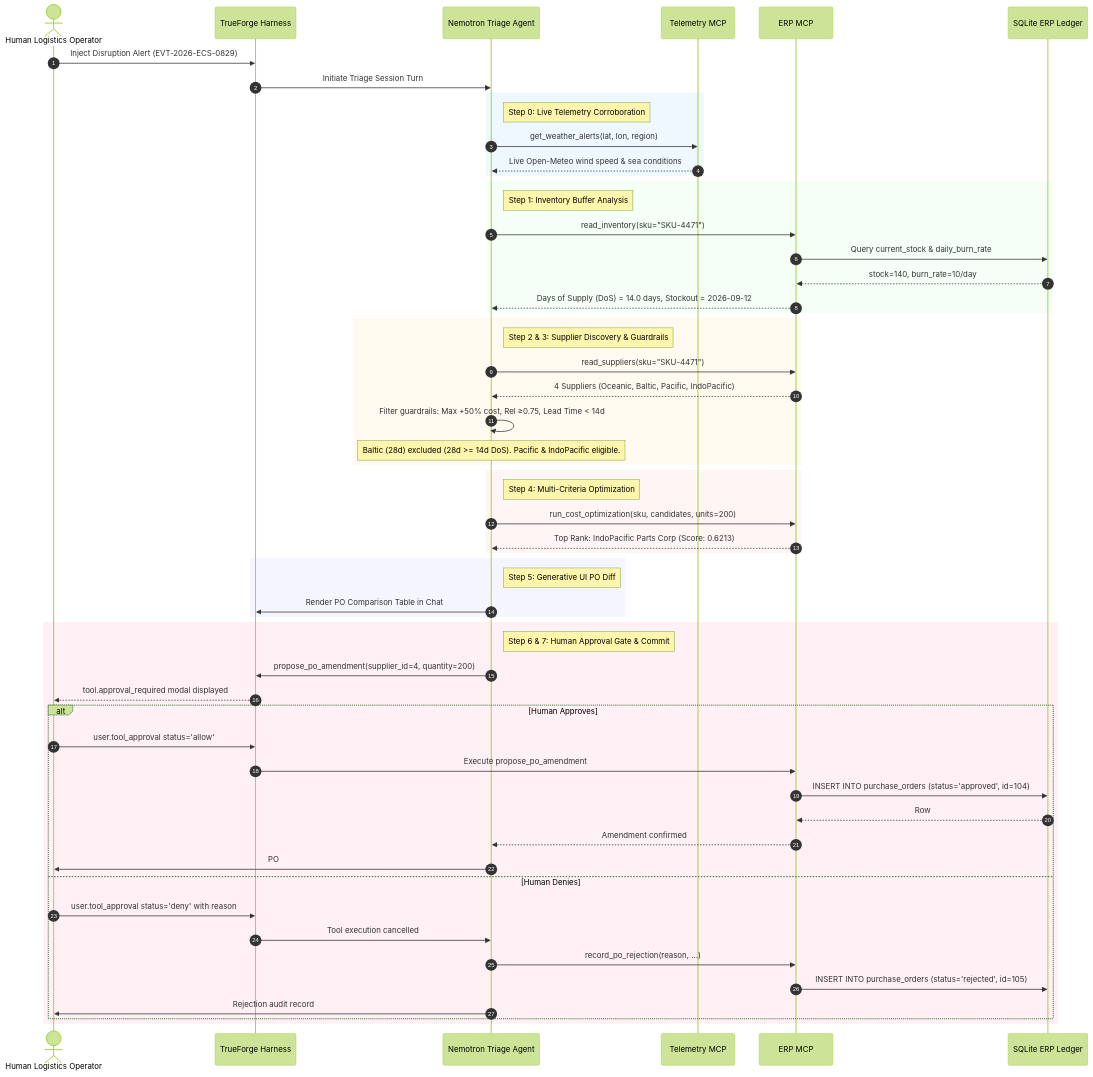
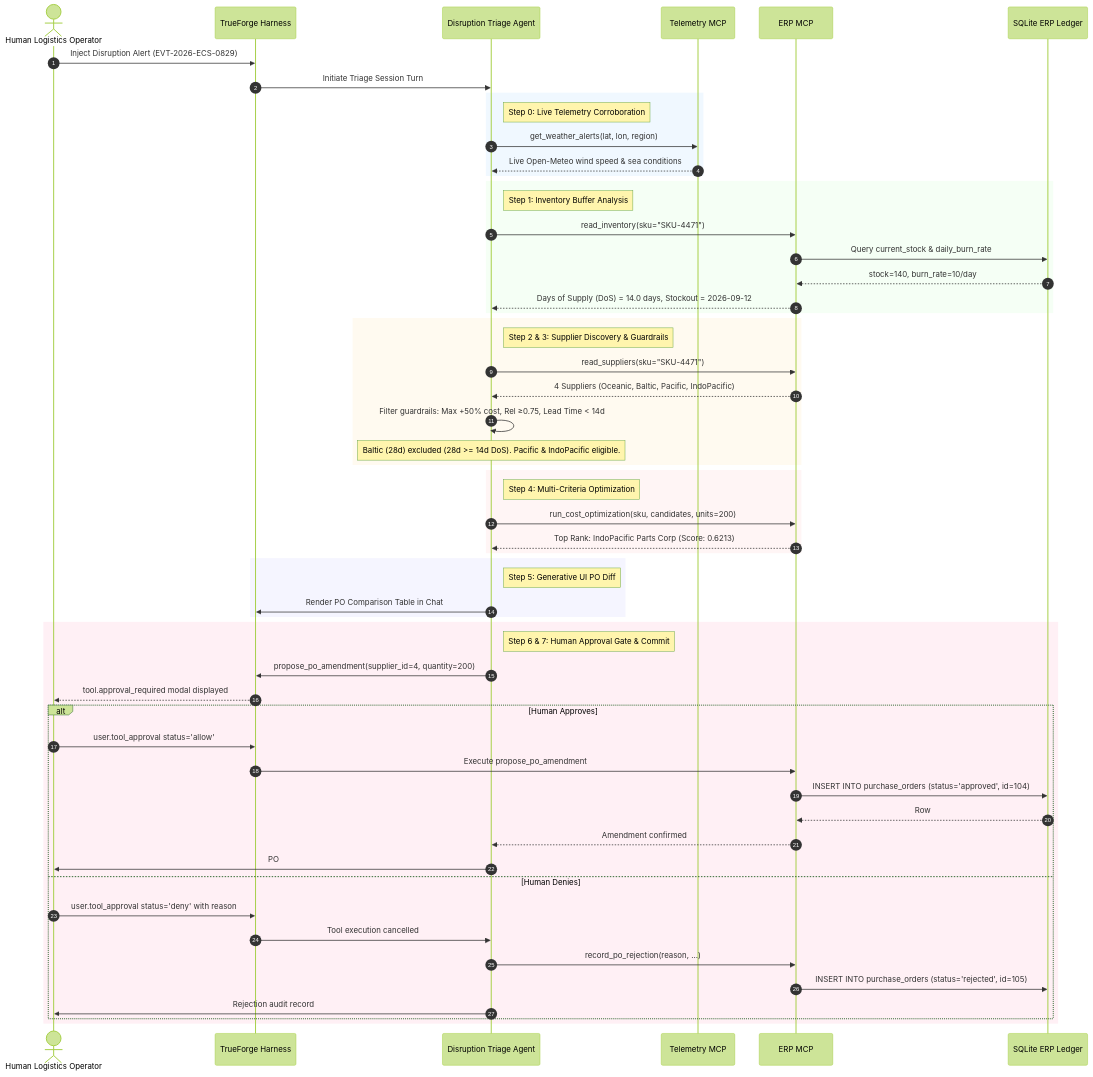
Before and after one commit to ansuman-satapathy/reroute-lg: the second of 2 diagrams in README.md, drawn with Mermaid (forest theme). The commit also changed other lines of this file and 1 other file, not shown here.

Commit message:
docs: clarify tested model baseline (Nemotron 3 Super) while highlighting TrueForge swappability

````diff
--- a/README.md
+++ b/README.md
@@ -91,66 +91,66 @@
 ```mermaid
 sequenceDiagram
     autonumber
     actor Operator as Human Logistics Operator
     participant TF as TrueForge Harness
-    participant Agent as Nemotron Triage Agent
+    participant Agent as Disruption Triage Agent
     participant Telemetry as Telemetry MCP
     participant ERP as ERP MCP
     participant DB as SQLite ERP Ledger
 
     Operator->>TF: Inject Disruption Alert (EVT-2026-ECS-0829)
     TF->>Agent: Initiate Triage Session Turn
     
     rect rgb(240, 248, 255)
     note right of Agent: Step 0: Live Telemetry Corroboration
     Agent->>Telemetry: get_weather_alerts(lat, lon, region)
     Telemetry-->>Agent: Live Open-Meteo wind speed & sea conditions
     end
 
     rect rgb(245, 255, 245)
     note right of Agent: Step 1: Inventory Buffer Analysis
     Agent->>ERP: read_inventory(sku="SKU-4471")
     ERP->>DB: Query current_stock & daily_burn_rate
     DB-->>ERP: stock=140, burn_rate=10/day
     ERP-->>Agent: Days of Supply (DoS) = 14.0 days, Stockout = 2026-09-12
     end
 
     rect rgb(255, 250, 240)
     note right of Agent: Step 2 & 3: Supplier Discovery & Guardrails
     Agent->>ERP: read_suppliers(sku="SKU-4471")
     ERP-->>Agent: 4 Suppliers (Oceanic, Baltic, Pacific, IndoPacific)
     Agent->>Agent: Filter guardrails: Max +50% cost, Rel ≥0.75, Lead Time < 14d
     note over Agent: Baltic (28d) excluded (28d >= 14d DoS). Pacific & IndoPacific eligible.
     end
 
     rect rgb(255, 245, 245)
     note right of Agent: Step 4: Multi-Criteria Optimization
     Agent->>ERP: run_cost_optimization(sku, candidates, units=200)
     ERP-->>Agent: Top Rank: IndoPacific Parts Corp (Score: 0.6213)
     end
 
     rect rgb(245, 245, 255)
     note right of Agent: Step 5: Generative UI PO Diff
     Agent->>TF: Render PO Comparison Table in Chat
     end
 
     rect rgb(255, 240, 245)
     note right of Agent: Step 6 & 7: Human Approval Gate & Commit
     Agent->>TF: propose_po_amendment(supplier_id=4, quantity=200)
     TF-->>Operator: tool.approval_required modal displayed
     alt Human Approves
         Operator->>TF: user.tool_approval status='allow'
         TF->>ERP: Execute propose_po_amendment
         ERP->>DB: INSERT INTO purchase_orders (status='approved', id=104)
         DB-->>ERP: Row #104 created
         ERP-->>Agent: Amendment confirmed
         Agent->>Operator: PO #104 committed successfully
     else Human Denies
         Operator->>TF: user.tool_approval status='deny' with reason
         TF->>Agent: Tool execution cancelled
         Agent->>ERP: record_po_rejection(reason, ...)
         ERP->>DB: INSERT INTO purchase_orders (status='rejected', id=105)
         Agent->>Operator: Rejection audit record #105 logged
     end
     end
 ```
````
